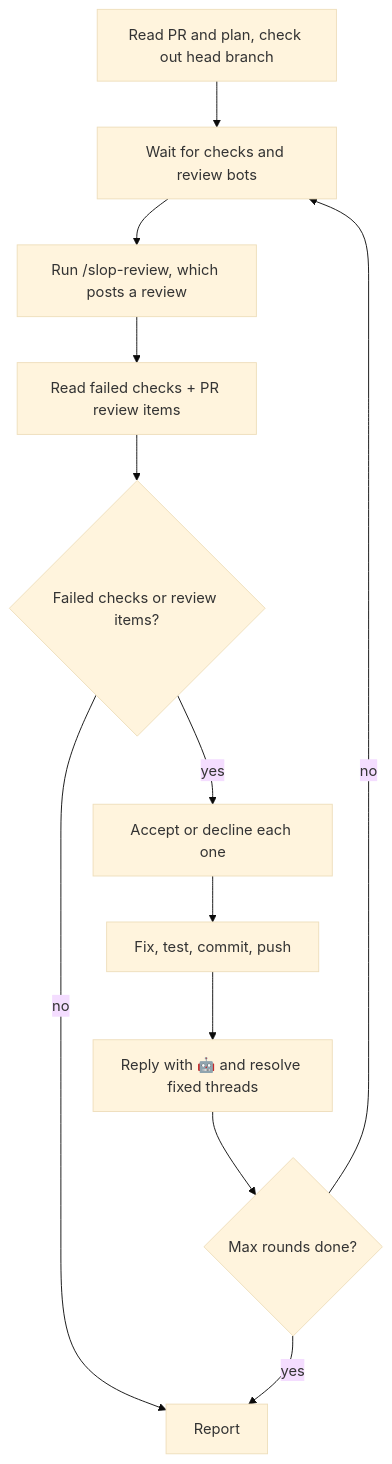
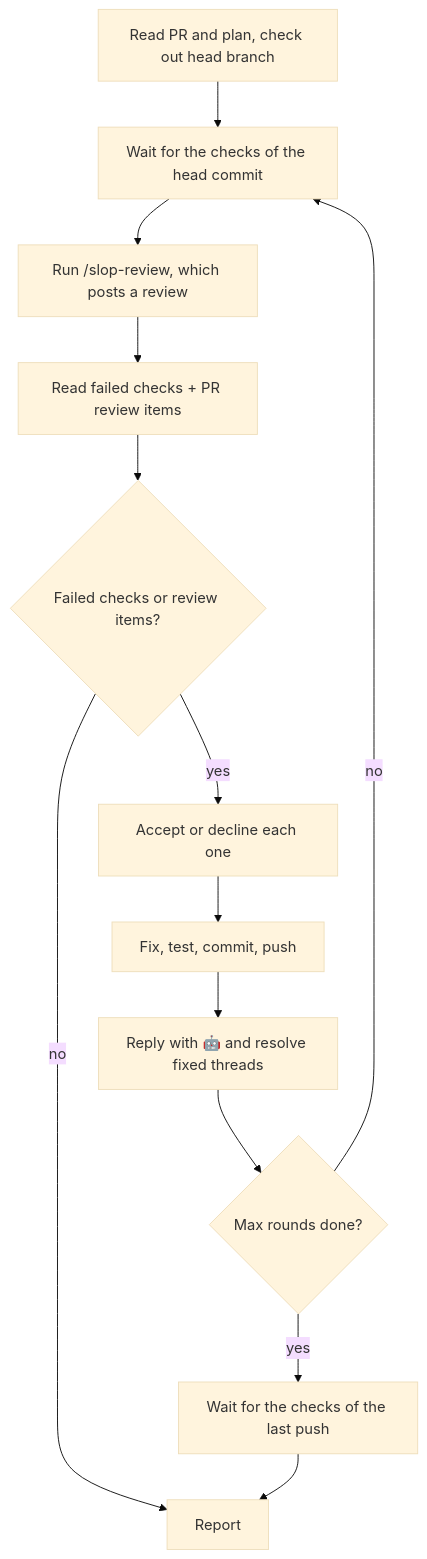
The diagram in skills/bot-review/README.md (crosleyzack/skills), drawn with Mermaid (base theme) before and after one commit. The commit also changed other lines of this file and 5 other files, not shown here.

````diff
--- a/skills/bot-review/README.md
+++ b/skills/bot-review/README.md
@@ -12,14 +13,15 @@
 ```mermaid
 flowchart TD
-    A[Read PR and plan, check out head branch] --> W[Wait for checks and review bots]
+    A[Read PR and plan, check out head branch] --> W[Wait for the checks of the head commit]
     W --> S[Run /slop-review, which posts a review]
     S --> F[Read failed checks + PR review items]
     F --> G{Failed checks or review items?}
     G -- no --> R[Report]
     G -- yes --> H[Accept or decline each one]
     H --> I[Fix, test, commit, push]
     I --> J[Reply with 🤖 and resolve fixed threads]
     J --> K{Max rounds done?}
     K -- no --> W
-    K -- yes --> R
+    K -- yes --> L[Wait for the checks of the last push]
+    L --> R
 ```
````
